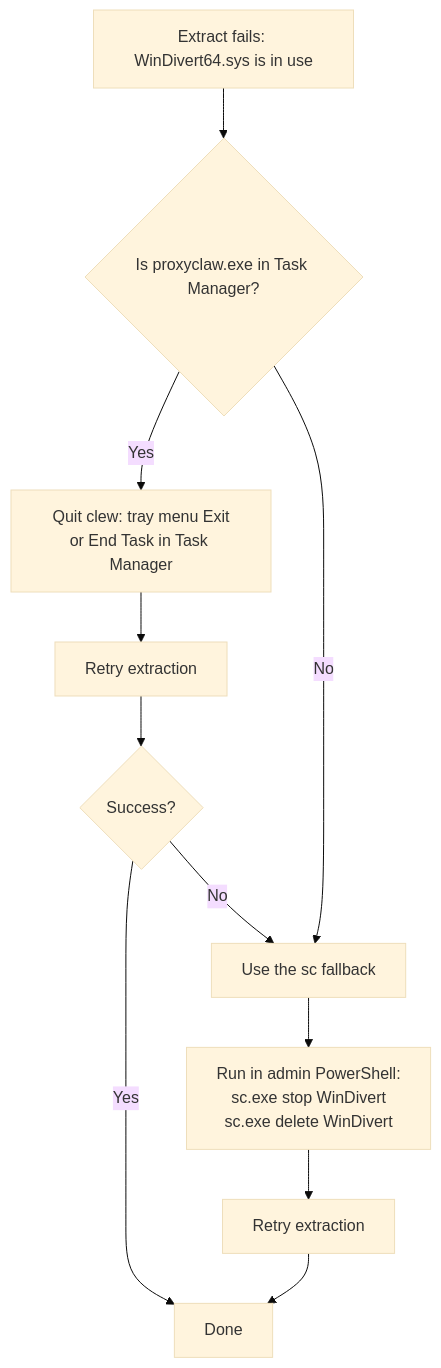
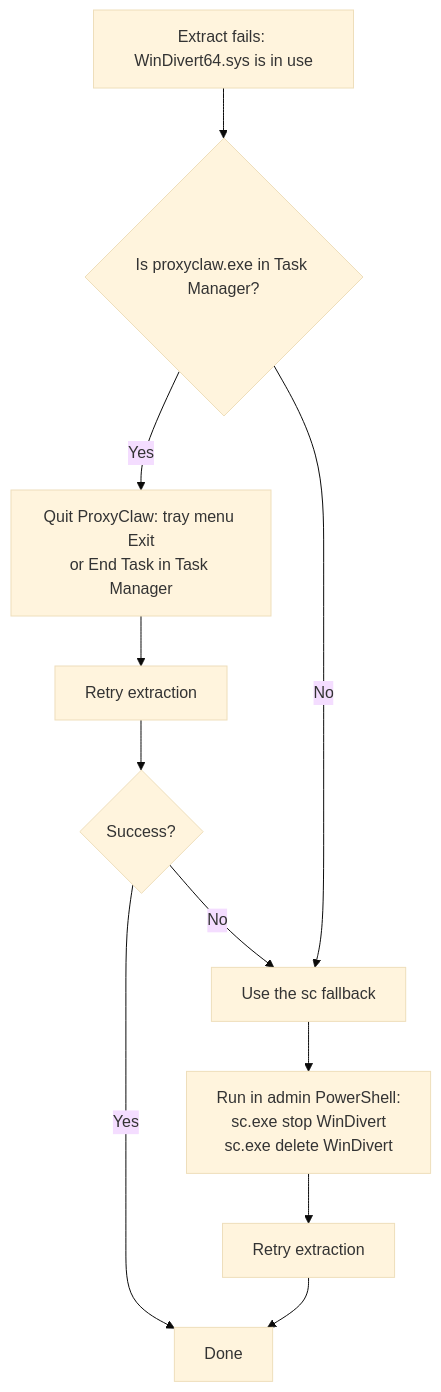
One commit to 906222304/proxyclaw changed the diagram in docs/TROUBLESHOOTING.en.md. Above: the diagram before and after it, drawn with Mermaid (base theme). The commit also changed other lines of this file and 18 other files, not shown here.

````diff
--- a/docs/TROUBLESHOOTING.en.md
+++ b/docs/TROUBLESHOOTING.en.md
@@ -45,13 +45,13 @@
 ```mermaid
 flowchart TD
     A[Extract fails: WinDivert64.sys is in use] --> B{Is proxyclaw.exe in Task Manager?}
-    B -->|Yes| C[Quit clew: tray menu Exit<br/>or End Task in Task Manager]
+    B -->|Yes| C[Quit ProxyClaw: tray menu Exit<br/>or End Task in Task Manager]
     C --> D[Retry extraction]
     D --> E{Success?}
     E -->|Yes| F[Done]
     E -->|No| G[Use the sc fallback]
     B -->|No| G
     G --> H[Run in admin PowerShell:<br/>sc.exe stop WinDivert<br/>sc.exe delete WinDivert]
     H --> I[Retry extraction]
     I --> F
 ```
````
